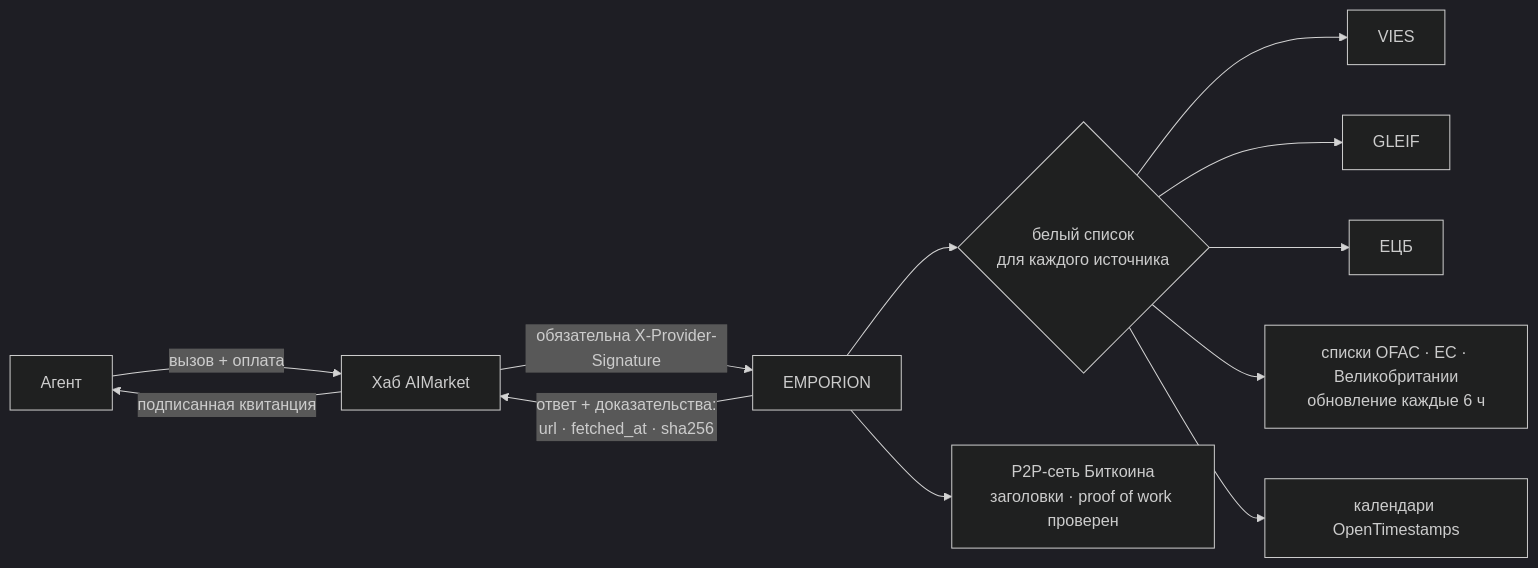
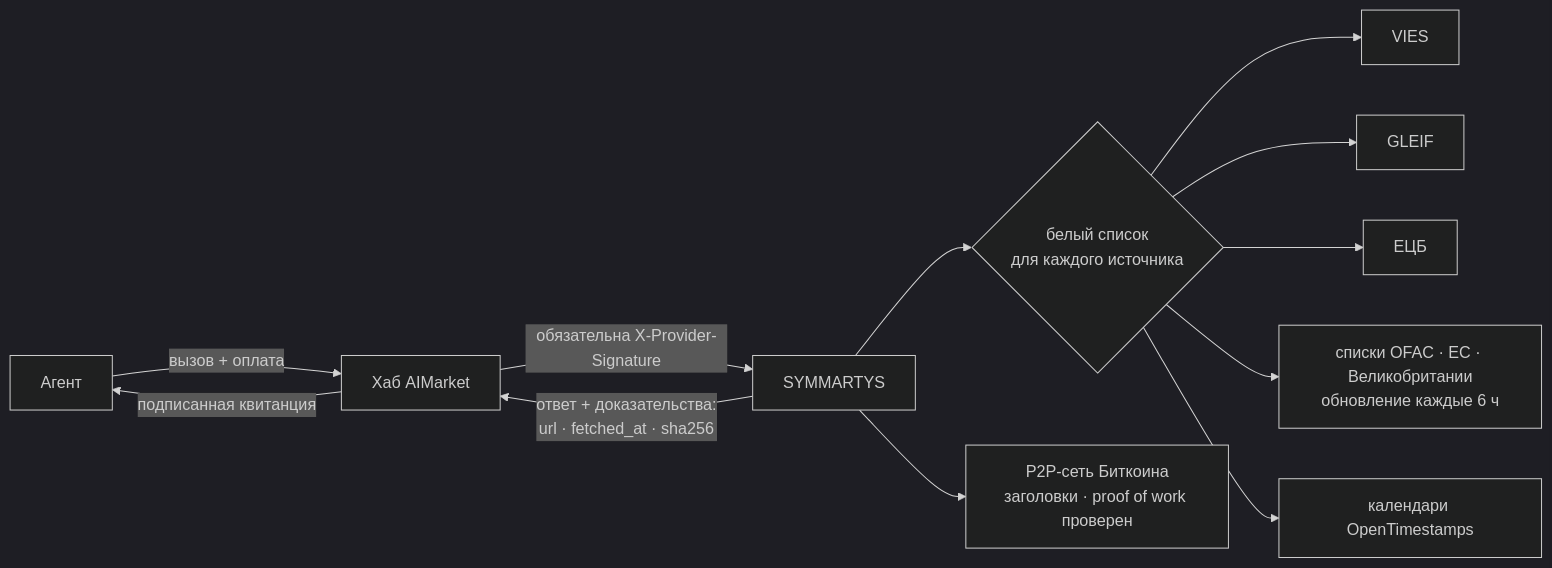
Before and after one commit to alexar76/emporion: the first of 3 diagrams in README.ru.md, drawn with Mermaid (dark theme). The commit also changed other lines of this file and 65 other files, not shown here.

````diff
--- a/README.ru.md
+++ b/README.ru.md
@@ -57,14 +44,14 @@
 ```mermaid
 flowchart LR
     A[Агент] -->|вызов + оплата| H[Хаб AIMarket]
-    H -->|обязательна X-Provider-Signature| E[EMPORION]
+    H -->|обязательна X-Provider-Signature| E[SYMMARTYS]
     E --> N{белый список<br/>для каждого источника}
     N --> V[VIES]
     N --> G[GLEIF]
     N --> C[ЕЦБ]
     N --> S[списки OFAC · ЕС · Великобритании<br/>обновление каждые 6 ч]
     N --> O[календари OpenTimestamps]
     E --> X[P2P-сеть Биткоина<br/>заголовки · proof of work проверен]
     E -->|ответ + доказательства:<br/>url · fetched_at · sha256| H
     H -->|подписанная квитанция| A
 ```
````
